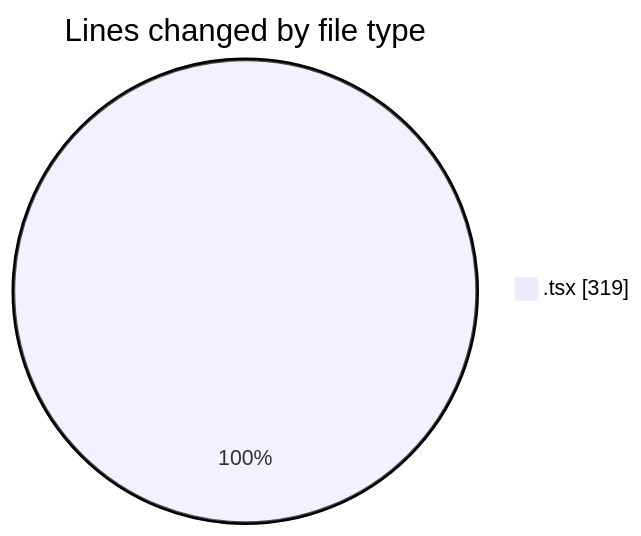
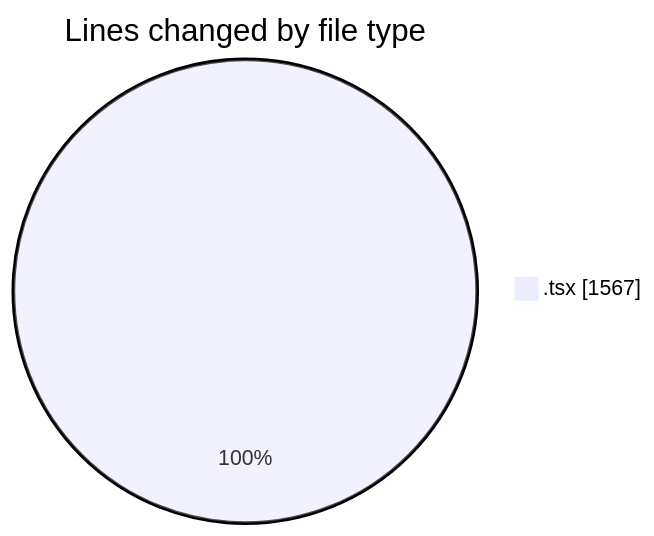
Before and after one commit to momahboobian/code-tracking: the first of 2 diagrams in 2025-10-03/cda/README.md, drawn with Mermaid. The commit also changed other lines of this file and 1 other file, not shown here.

````diff
--- a/2025-10-03/cda/README.md
+++ b/2025-10-03/cda/README.md
@@ -21,5 +22,5 @@
 ```mermaid
 pie showData
 title Lines changed by file type
-".tsx" : 319
+".tsx" : 1567
 ```
````
